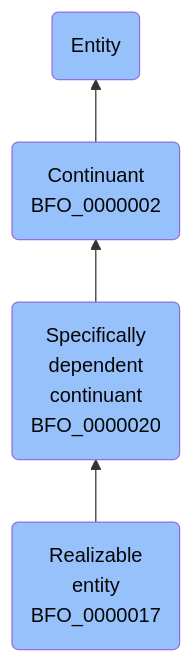
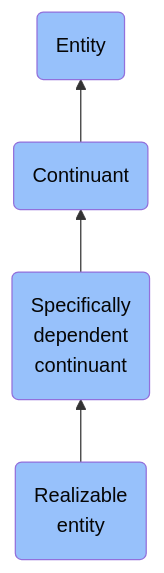
Before and after one commit to jupyter-naas/abi: the diagram in docs/ontology/reference/model/Entity/Continuant/Specifically dependent continuant/Realizable entity/Realizable entity.md, drawn with Mermaid. The commit also changed other lines of this file and 1430 other files, not shown here.

````diff
--- a/docs/ontology/reference/model/Entity/Continuant/Specifically dependent continuant/Realizable entity/Realizable entity.md
+++ b/docs/ontology/reference/model/Entity/Continuant/Specifically dependent continuant/Realizable entity/Realizable entity.md
@@ -24,11 +24,11 @@
 ```mermaid
 graph BT
-    BFO_0000017(Realizable<br>entity<br>BFO_0000017):::BFO-->BFO_0000020
-    BFO_0000020(Specifically<br>dependent<br>continuant<br>BFO_0000020):::BFO-->BFO_0000002
-    BFO_0000002(Continuant<br>BFO_0000002):::BFO-->BFO_0000001
+    BFO_0000017(Realizable<br>entity):::BFO-->BFO_0000020
+    BFO_0000020(Specifically<br>dependent<br>continuant):::BFO-->BFO_0000002
+    BFO_0000002(Continuant):::BFO-->BFO_0000001
     BFO_0000001(Entity):::BFO
     
     classDef BFO fill:#97c1fb,color:#060606
     classDef CCO fill:#e4c51e,color:#060606
     classDef ABI fill:#48DD82,color:#060606
 ```
````
